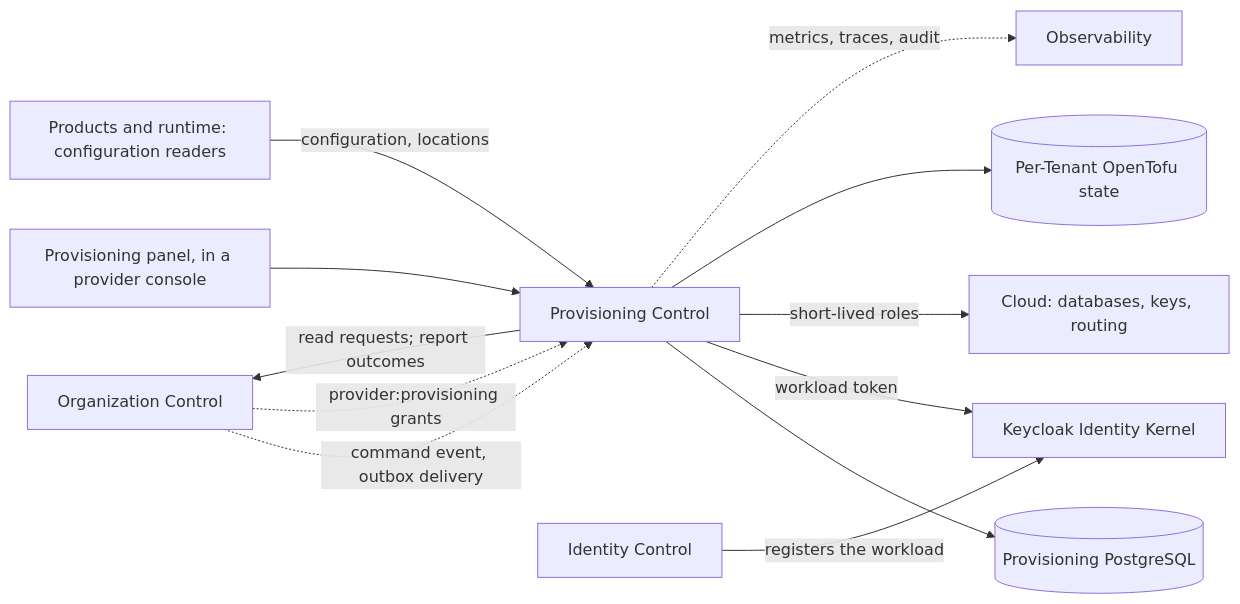
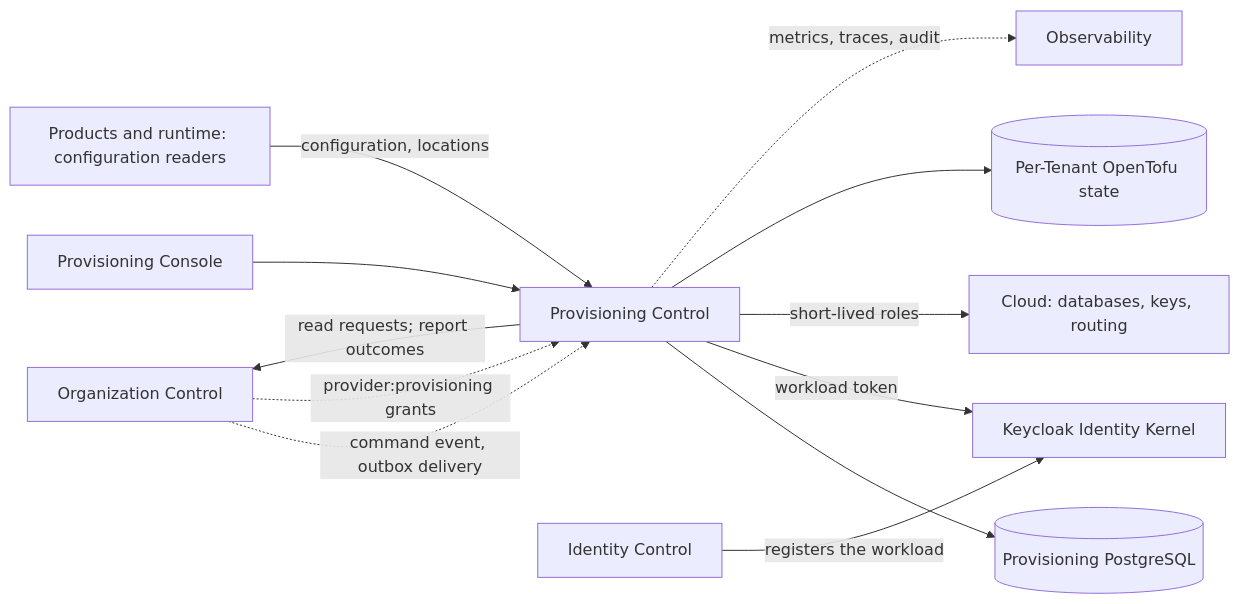
One commit to anshacerbia2/scnehaux-architecture changed the first of 5 diagrams in 04-system/scnehaux-provisioning/scnehaux-provisioning-control.sad.md. Above: the diagram before and after it, drawn with Mermaid. The commit also changed other lines of this file and 15 other files, not shown here.

````diff
--- a/04-system/scnehaux-provisioning/scnehaux-provisioning-control.sad.md
+++ b/04-system/scnehaux-provisioning/scnehaux-provisioning-control.sad.md
@@ -79,25 +80,25 @@
 ```mermaid
 graph LR
     OC[Organization Control]
     PC[Provisioning Control]
     PCDB[(Provisioning PostgreSQL)]
     IC[Identity Control]
     KC[Keycloak Identity Kernel]
-    PANEL[Provisioning panel, in a provider console]
+    PANEL[Provisioning Console]
     CLOUD[Cloud: databases, keys, routing]
     STATE[(Per-Tenant OpenTofu state)]
     READERS[Products and runtime: configuration readers]
     OBS[Observability]
 
     OC -. command event, outbox delivery .-> PC
     PC -- read requests; report outcomes --> OC
     OC -. provider:provisioning grants .-> PC
     PC --> PCDB
     PC -- workload token --> KC
     IC -- registers the workload --> KC
     PANEL --> PC
     PC -- short-lived roles --> CLOUD
     PC --> STATE
     READERS -- configuration, locations --> PC
     PC -. metrics, traces, audit .-> OBS
 ```
````
